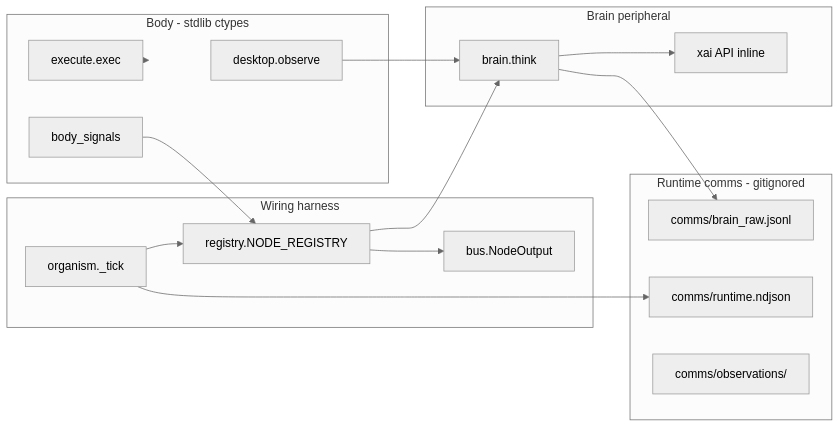
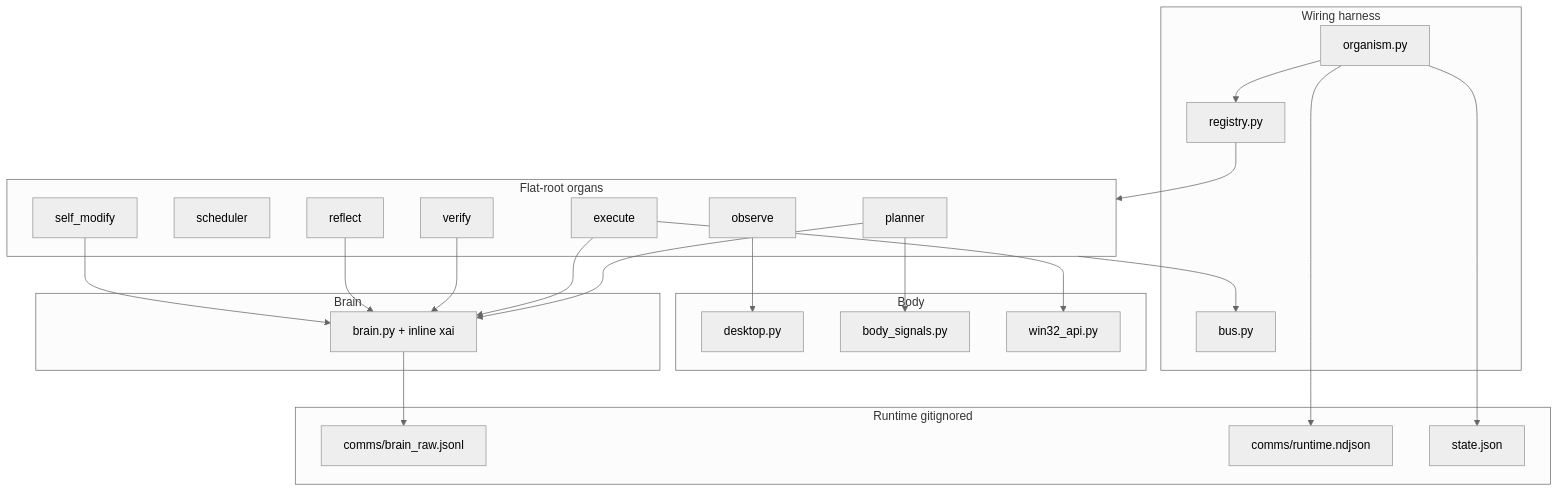
The first of 5 diagrams in README.md (wgabrys88/endgame-ai), drawn with Mermaid (neutral theme) before and after one commit. The commit also changed other lines of this file, not shown here.

Commit message:
docs: README from zero — survey-loop-complete results and current roadmap

````diff
--- a/README.md
+++ b/README.md
@@ -82,29 +60,39 @@
 ```mermaid
-flowchart LR
-    subgraph body [Body - stdlib ctypes]
-        desktop[desktop.observe]
-        signals[body_signals]
-        exec[execute.exec]
+flowchart TB
+    subgraph harness [Wiring harness]
+        O[organism.py]
+        R[registry.py]
+        B[bus.py]
     end
-    subgraph harness [Wiring harness]
-        organism[organism._tick]
-        registry[registry.NODE_REGISTRY]
-        bus[bus.NodeOutput]
+    subgraph organs [Flat-root organs]
+        P[planner]
+        S[scheduler]
+        Ob[observe]
+        E[execute]
+        V[verify]
+        Ref[reflect]
+        SM[self_modify]
     end
-    subgraph brain [Brain peripheral]
-        think[brain.think]
-        xai[xai API inline]
+    subgraph body [Body]
+        D[desktop.py]
+        BS[body_signals.py]
+        W[win32_api.py]
     end
-    subgraph comms [Runtime comms - gitignored]
-        raw[comms/brain_raw.jsonl]
-        rt[comms/runtime.ndjson]
-        obs[comms/observations/]
+    subgraph brain [Brain]
+        BR[brain.py + inline xai]
     end
-    organism --> registry --> bus
-    registry --> think --> xai
-    think --> raw
-    organism --> rt
-    desktop --> think
-    signals --> registry
-    exec --> body
+    subgraph runtime [Runtime gitignored]
+        RAW[comms/brain_raw.jsonl]
+        RT[comms/runtime.ndjson]
+        ST[state.json]
+    end
+    O --> R --> organs
+    organs --> B
+    P & E & V & Ref & SM --> BR
+    Ob --> D
+    P --> BS
+    E --> W
+    BR --> RAW
+    O --> RT
+    O --> ST
 ```
````
